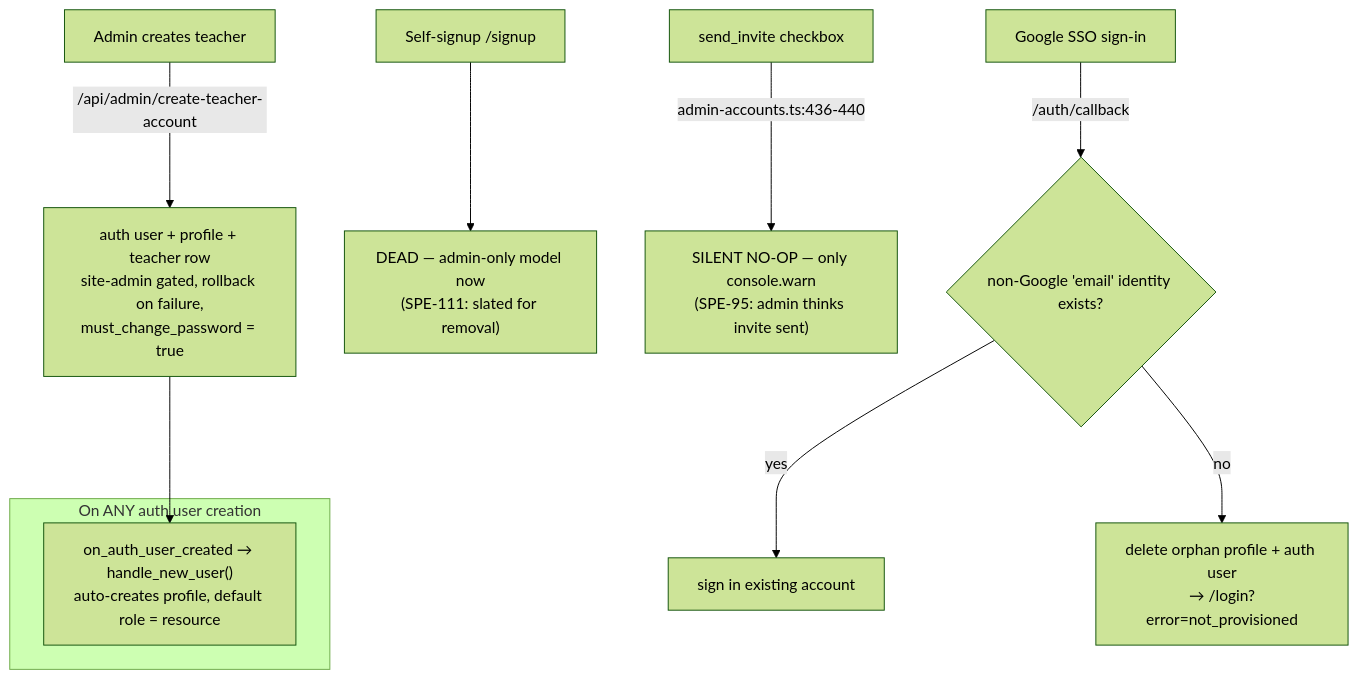
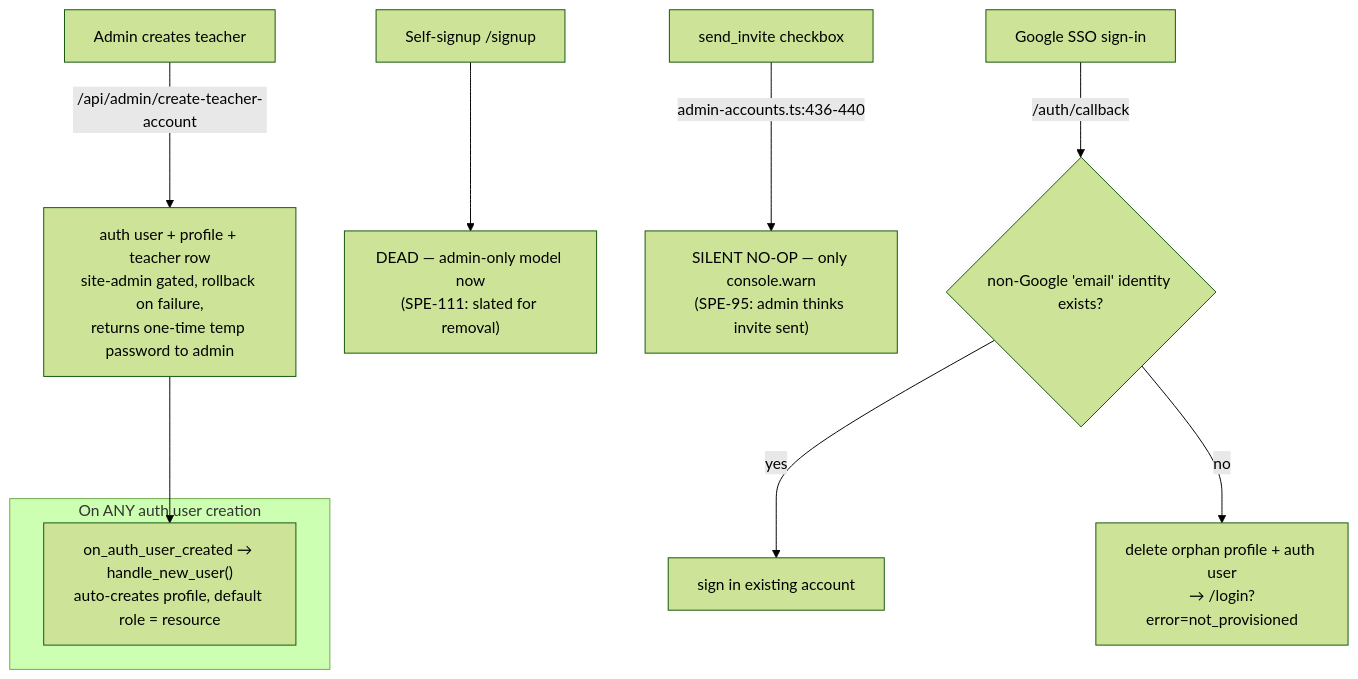
Before and after one commit to bstewart2255/speddy: the fourth of 7 diagrams in docs/ARCHITECTURE.md, drawn with Mermaid (forest theme). The commit also changed other lines of this file, not shown here.

First line of the commit message:
docs: correct must_change_password + CARE schema per PR review

````diff
--- a/docs/ARCHITECTURE.md
+++ b/docs/ARCHITECTURE.md
@@ -259,17 +261,17 @@
 ```mermaid
 flowchart TD
     subgraph Trigger["On ANY auth user creation"]
       T["on_auth_user_created → handle_new_user()<br/>auto-creates profile, default role = resource"]
     end
 
-    A["Admin creates teacher"] -->|"/api/admin/create-teacher-account"| OK["auth user + profile + teacher row<br/>site-admin gated, rollback on failure,<br/>must_change_password = true"]
+    A["Admin creates teacher"] -->|"/api/admin/create-teacher-account"| OK["auth user + profile + teacher row<br/>site-admin gated, rollback on failure,<br/>returns one-time temp password to admin"]
     OK --> T
 
     B["Self-signup /signup"] --> DEAD["DEAD — admin-only model now<br/>(SPE-111: slated for removal)"]
 
     C["send_invite checkbox"] -->|"admin-accounts.ts:436-440"| NOOP["SILENT NO-OP — only console.warn<br/>(SPE-95: admin thinks invite sent)"]
 
     G["Google SSO sign-in"] -->|"/auth/callback"| GATE{"non-Google 'email' identity exists?"}
     GATE -->|yes| GIN["sign in existing account"]
     GATE -->|no| GDEL["delete orphan profile + auth user<br/>→ /login?error=not_provisioned"]
 ```
````
